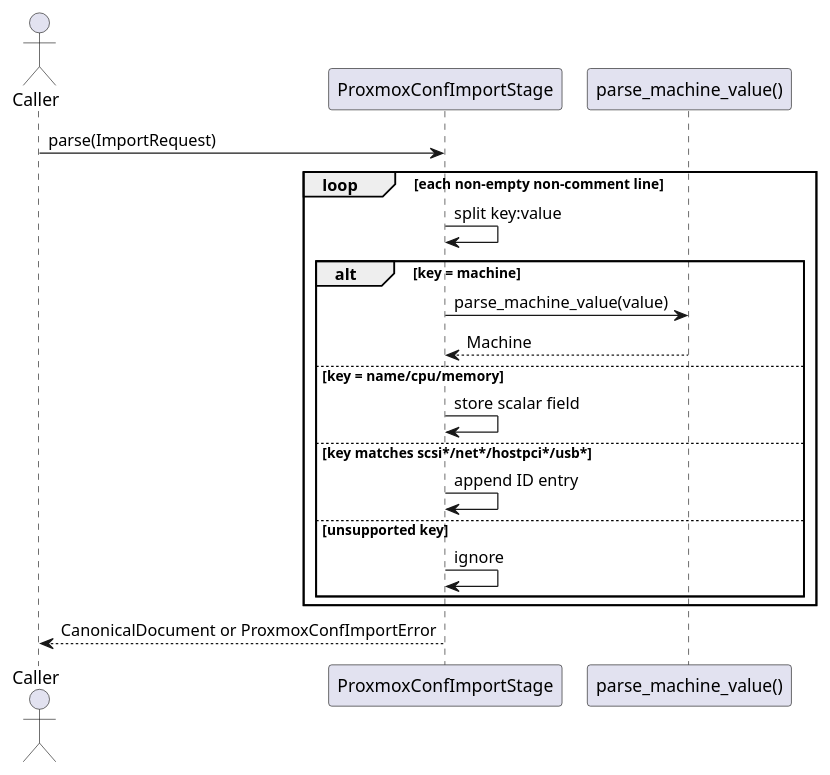
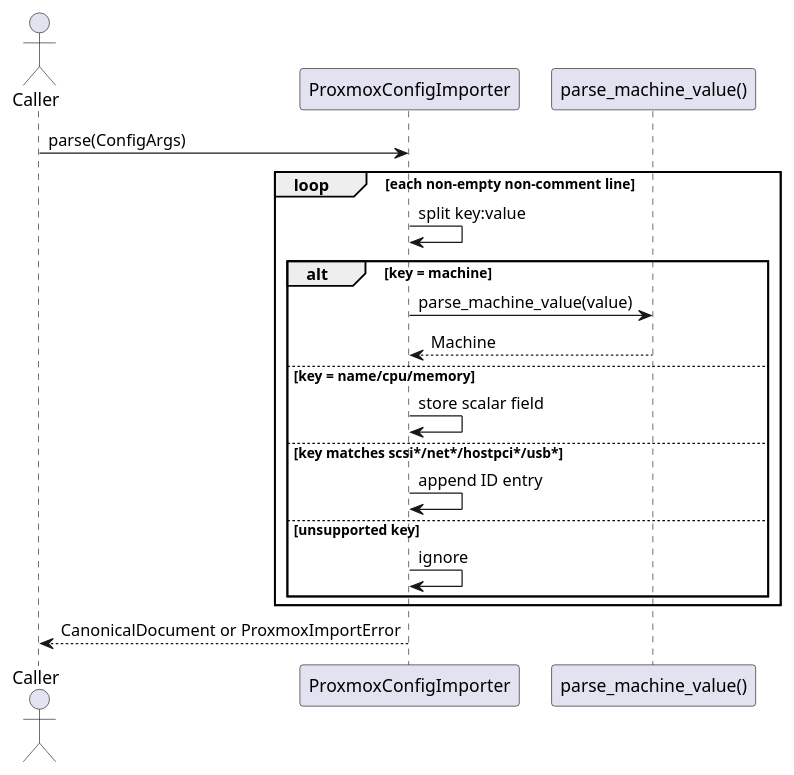
Before and after one commit to hurenkam/ezkvm: the second of 2 diagrams in doc/dev/architecture/design/import-stage.md, drawn with PlantUML. The commit also changed other lines of this file and 28 other files, not shown here.

````diff
--- a/doc/dev/architecture/design/import-stage.md
+++ b/doc/dev/architecture/design/import-stage.md
@@ -77,23 +88,23 @@
 ```plantuml
 @startuml
 actor Caller
-participant "ProxmoxConfImportStage" as Stage
+participant "ProxmoxConfigImporter" as Stage
 participant "parse_machine_value()" as MachineParser
 
-Caller -> Stage : parse(ImportRequest)
+Caller -> Stage : parse(ConfigArgs)
 loop each non-empty non-comment line
   Stage -> Stage : split key:value
   alt key = machine
     Stage -> MachineParser : parse_machine_value(value)
     MachineParser --> Stage : Machine
   else key = name/cpu/memory
     Stage -> Stage : store scalar field
   else key matches scsi*/net*/hostpci*/usb*
     Stage -> Stage : append ID entry
   else unsupported key
     Stage -> Stage : ignore
   end
 end
-Stage --> Caller : CanonicalDocument or ProxmoxConfImportError
+Stage --> Caller : CanonicalDocument or ProxmoxImportError
 @enduml
 ```
````
